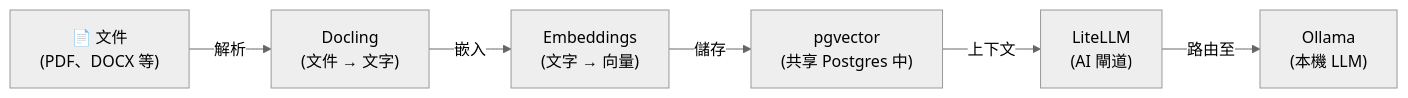
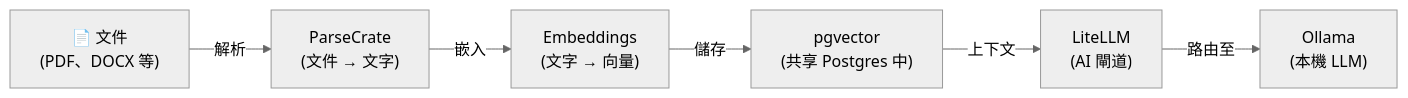
Before and after one commit to hwdsl2/self-hosted-ai-stack: the diagram in stacks/rag-pipeline-full/README-zh-Hant.md, drawn with Mermaid (neutral theme). The commit also changed other lines of this file and 26 other files, not shown here.

````diff
--- a/stacks/rag-pipeline-full/README-zh-Hant.md
+++ b/stacks/rag-pipeline-full/README-zh-Hant.md
@@ -17,8 +17,8 @@
 ```mermaid
 graph LR
-    D["📄 文件<br/>(PDF、DOCX 等)"] -->|解析| DC["Docling<br/>(文件 → 文字)"]
+    D["📄 文件<br/>(PDF、DOCX 等)"] -->|解析| DC["ParseCrate<br/>(文件 → 文字)"]
     DC -->|嵌入| E["Embeddings<br/>(文字 → 向量)"]
     E -->|儲存| VDB["pgvector<br/>(共享 Postgres 中)"]
     VDB -->|上下文| L["LiteLLM<br/>(AI 閘道)"]
     L -->|路由至| O["Ollama<br/>(本機 LLM)"]
 ```
````
